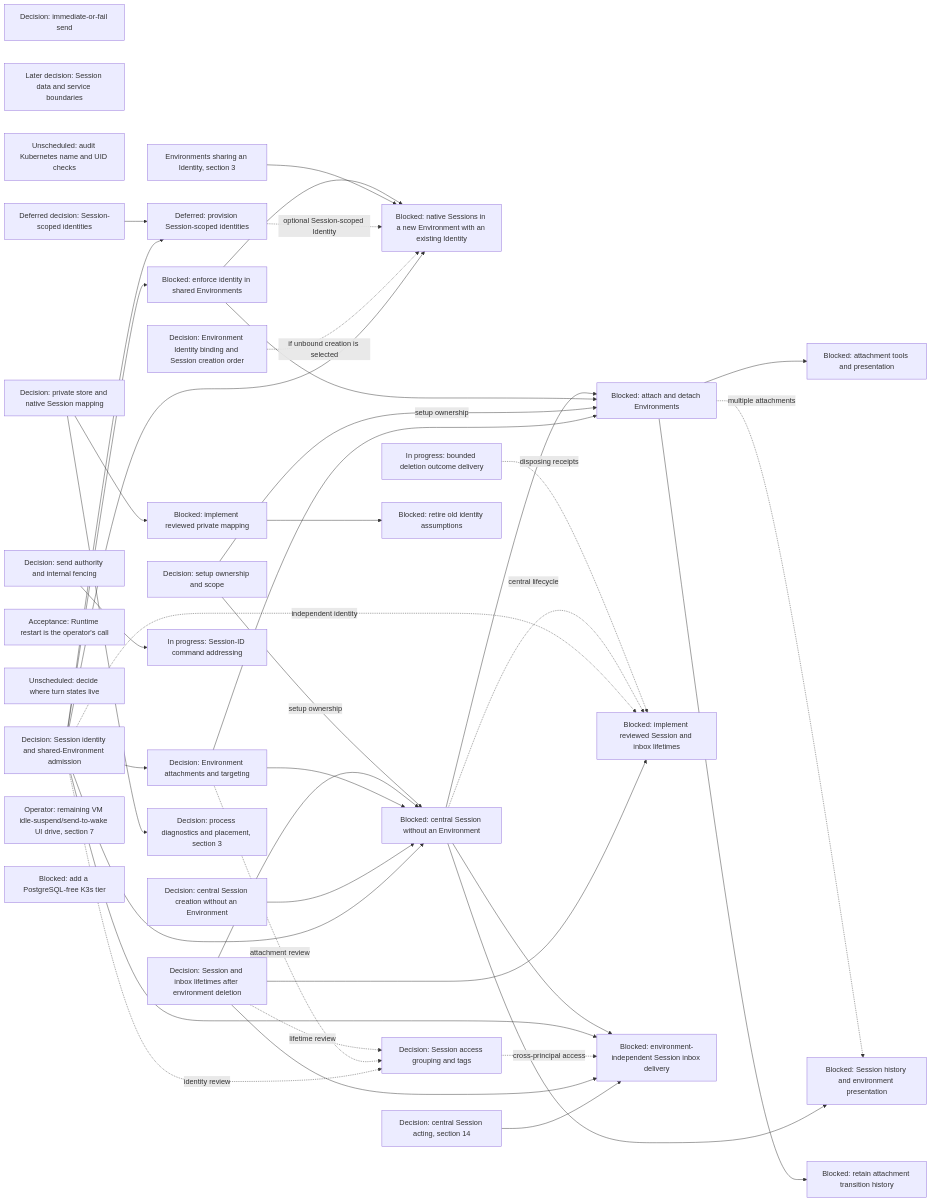
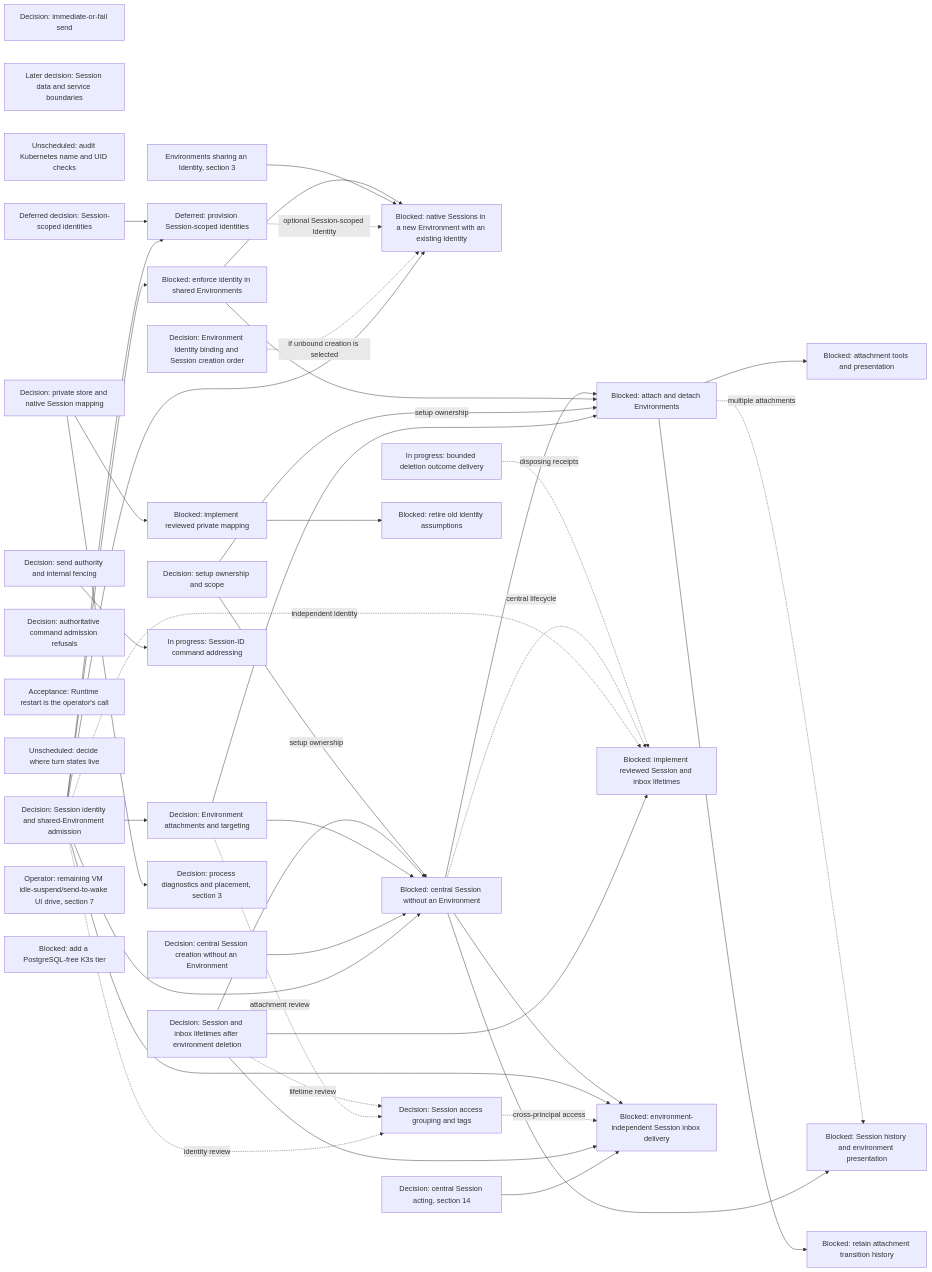
Diagram 14 of 18 in agentplane/plans/task_dag.md (agentydragon/ducktape), drawn with Mermaid before and after one commit. The commit also changed other lines of this file, not shown here.

Commit message:
Track authoritative command admission refusals

````diff
--- a/agentplane/plans/task_dag.md
+++ b/agentplane/plans/task_dag.md
@@ -2473,74 +2473,75 @@
 ```mermaid
 flowchart LR
     DISPATCHER_PERSISTENCE_MODEL_DESIGN[Decision: immediate-or-fail send]
     SESSION_DATA_OWNERSHIP_DESIGN[Later decision: Session data and service boundaries]
     KUBERNETES_UID_CHECK_AUDIT[Unscheduled: audit Kubernetes name and UID checks]
     SESSION_IDENTITY_CONTRACT[Decision: Session identity and shared-Environment admission]
     ENVIRONMENT_IDENTITY_BINDING_DESIGN[Decision: Environment Identity binding and Session creation order]
     SESSION_IDENTITY_PROVISIONING_DESIGN[Deferred decision: Session-scoped identities]
     SESSION_MANAGED_IDENTITY[Deferred: provision Session-scoped identities]
     SESSION_NATIVE_IDENTITY_WORKFLOW[Blocked: native Sessions in a new Environment with an existing Identity]
     ENVIRONMENT_SHARED_IDENTITY[Environments sharing an Identity, section 3]
     SESSION_ACCESS_GROUPING_DESIGN[Decision: Session access grouping and tags]
     CENTRAL_SESSION_CREATION_CONTRACT[Decision: central Session creation without an Environment]
     SESSION_ATTACHMENT_CONTRACT[Decision: Environment attachments and targeting]
     SESSION_ENVIRONMENT_SETUP_DESIGN[Decision: setup ownership and scope]
     SESSION_IDENTITY_ENFORCEMENT[Blocked: enforce identity in shared Environments]
     CENTRAL_SESSION_WITHOUT_ENVIRONMENT[Blocked: central Session without an Environment]
     SESSION_ENV_ATTACHMENTS[Blocked: attach and detach Environments]
     SESSION_ATTACHMENT_SURFACES[Blocked: attachment tools and presentation]
     SESSION_ATTACHMENT_HISTORY[Blocked: retain attachment transition history]
     SESSION_LIFETIME_IMPLEMENTATION[Blocked: implement reviewed Session and inbox lifetimes]
     CENTRAL_SESSION_NOTIFICATIONS[Blocked: environment-independent Session inbox delivery]
     DELIVERY_DESTINATION_AUTHORITY_DESIGN[Decision: send authority and internal fencing]
+    COMMAND_ADMISSION_REFUSAL_DESIGN[Decision: authoritative command admission refusals]
     SESSION_DELETION_FENCE[In progress: bounded deletion outcome delivery]
     SESSION_AND_INBOX_LIFETIME[Decision: Session and inbox lifetimes after environment deletion]
     DELIVERY_DESTINATION_CONTRACT[In progress: Session-ID command addressing]
     SESSION_HISTORY_PRESENTATION[Blocked: Session history and environment presentation]
     DISPATCHER_RUNNING_STATUS[Acceptance: Runtime restart is the operator's call]
     TURN_STATE_PLACEMENT_DESIGN[Unscheduled: decide where turn states live]
     SESSION_IDENTITY_CONTRACT --> CENTRAL_SESSION_WITHOUT_ENVIRONMENT
     CENTRAL_SESSION_ACTING_DESIGN[Decision: central Session acting, section 14] --> CENTRAL_SESSION_NOTIFICATIONS
     CENTRAL_SESSION_CREATION_CONTRACT --> CENTRAL_SESSION_WITHOUT_ENVIRONMENT
     SESSION_ATTACHMENT_CONTRACT --> CENTRAL_SESSION_WITHOUT_ENVIRONMENT
     SESSION_AND_INBOX_LIFETIME --> CENTRAL_SESSION_WITHOUT_ENVIRONMENT
     SESSION_IDENTITY_CONTRACT --> SESSION_IDENTITY_ENFORCEMENT
     SESSION_IDENTITY_CONTRACT --> SESSION_MANAGED_IDENTITY
     SESSION_IDENTITY_PROVISIONING_DESIGN --> SESSION_MANAGED_IDENTITY
     SESSION_IDENTITY_CONTRACT --> SESSION_NATIVE_IDENTITY_WORKFLOW
     ENVIRONMENT_IDENTITY_BINDING_DESIGN -. if unbound creation is selected .-> SESSION_NATIVE_IDENTITY_WORKFLOW
     SESSION_MANAGED_IDENTITY -. optional Session-scoped Identity .-> SESSION_NATIVE_IDENTITY_WORKFLOW
     ENVIRONMENT_SHARED_IDENTITY --> SESSION_NATIVE_IDENTITY_WORKFLOW
     SESSION_IDENTITY_ENFORCEMENT --> SESSION_NATIVE_IDENTITY_WORKFLOW
     SESSION_IDENTITY_CONTRACT --> SESSION_ATTACHMENT_CONTRACT
     SESSION_ATTACHMENT_CONTRACT --> SESSION_ENV_ATTACHMENTS
     SESSION_ENVIRONMENT_SETUP_DESIGN -- setup ownership --> SESSION_ENV_ATTACHMENTS
     SESSION_ENVIRONMENT_SETUP_DESIGN -- setup ownership --> CENTRAL_SESSION_WITHOUT_ENVIRONMENT
     SESSION_IDENTITY_ENFORCEMENT --> SESSION_ENV_ATTACHMENTS
     CENTRAL_SESSION_WITHOUT_ENVIRONMENT --> SESSION_ENV_ATTACHMENTS
     SESSION_ENV_ATTACHMENTS --> SESSION_ATTACHMENT_SURFACES
     SESSION_ENV_ATTACHMENTS --> SESSION_ATTACHMENT_HISTORY
     CENTRAL_SESSION_WITHOUT_ENVIRONMENT --> SESSION_HISTORY_PRESENTATION
     SESSION_ENV_ATTACHMENTS -. multiple attachments .-> SESSION_HISTORY_PRESENTATION
     SESSION_AND_INBOX_LIFETIME --> SESSION_LIFETIME_IMPLEMENTATION
     SESSION_IDENTITY_CONTRACT -. independent identity .-> SESSION_LIFETIME_IMPLEMENTATION
     CENTRAL_SESSION_WITHOUT_ENVIRONMENT -. central lifecycle .-> SESSION_LIFETIME_IMPLEMENTATION
     SESSION_DELETION_FENCE -. disposing receipts .-> SESSION_LIFETIME_IMPLEMENTATION
     SESSION_AND_INBOX_LIFETIME --> CENTRAL_SESSION_NOTIFICATIONS
     SESSION_IDENTITY_CONTRACT -. identity review .-> SESSION_ACCESS_GROUPING_DESIGN
     SESSION_ATTACHMENT_CONTRACT -. attachment review .-> SESSION_ACCESS_GROUPING_DESIGN
     SESSION_AND_INBOX_LIFETIME -. lifetime review .-> SESSION_ACCESS_GROUPING_DESIGN
     SESSION_ACCESS_GROUPING_DESIGN -. cross-principal access .-> CENTRAL_SESSION_NOTIFICATIONS
     SESSION_IDENTITY_CONTRACT --> CENTRAL_SESSION_NOTIFICATIONS
     CENTRAL_SESSION_WITHOUT_ENVIRONMENT --> CENTRAL_SESSION_NOTIFICATIONS
     HARNESS_IDENTITY_DESIGN[Decision: private store and native Session mapping]
     RUNNER_STORE_SESSION_IDENTITY[Blocked: implement reviewed private mapping]
     RUNNER_IDENTITY_LEGACY_CLEANUP[Blocked: retire old identity assumptions]
     IDLE_SUSPEND_UI_DRIVE[Operator: remaining VM idle-suspend/send-to-wake UI drive, section 7]
     RUNNER_HARNESS_OBJECTS_DESIGN[Decision: process diagnostics and placement, section 3]
     CNPG_FREE_K3S_INTEGRATION_TIER[Blocked: add a PostgreSQL-free K3s tier]
     DELIVERY_DESTINATION_AUTHORITY_DESIGN --> DELIVERY_DESTINATION_CONTRACT
     RUNNER_STORE_SESSION_IDENTITY --> RUNNER_IDENTITY_LEGACY_CLEANUP
     HARNESS_IDENTITY_DESIGN --> RUNNER_STORE_SESSION_IDENTITY
     HARNESS_IDENTITY_DESIGN --> RUNNER_HARNESS_OBJECTS_DESIGN
 ```
````
